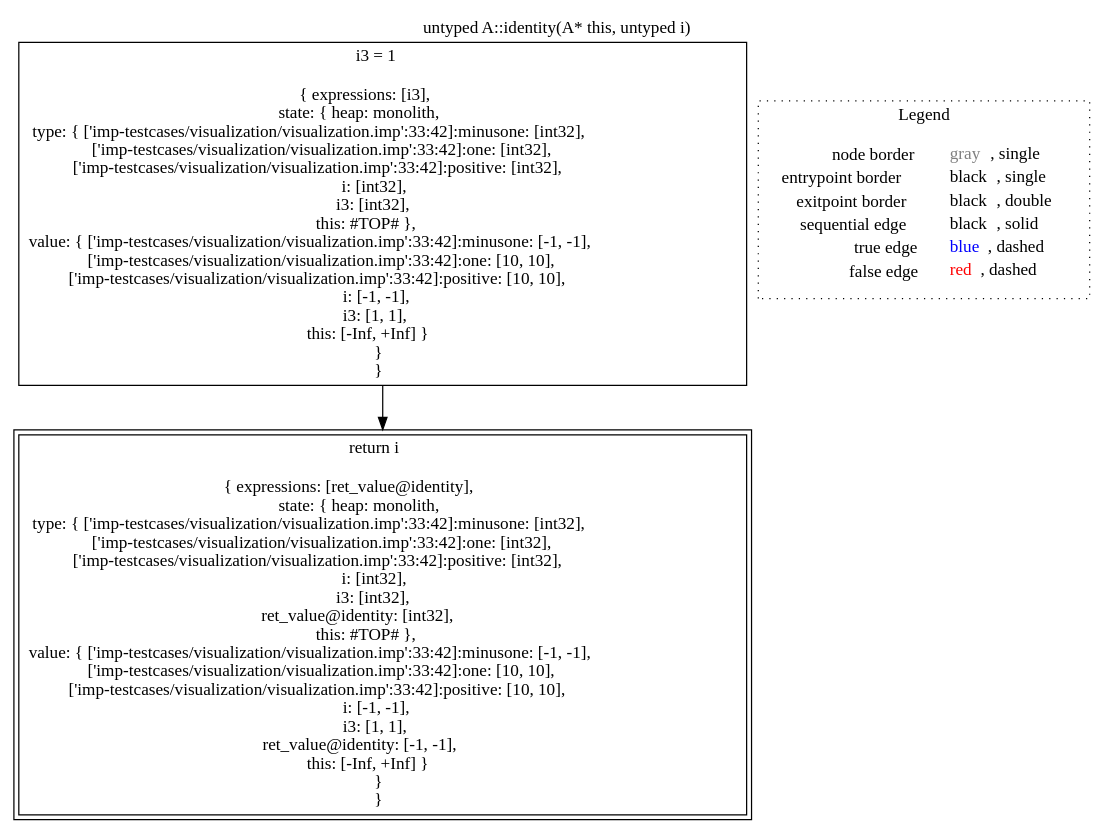
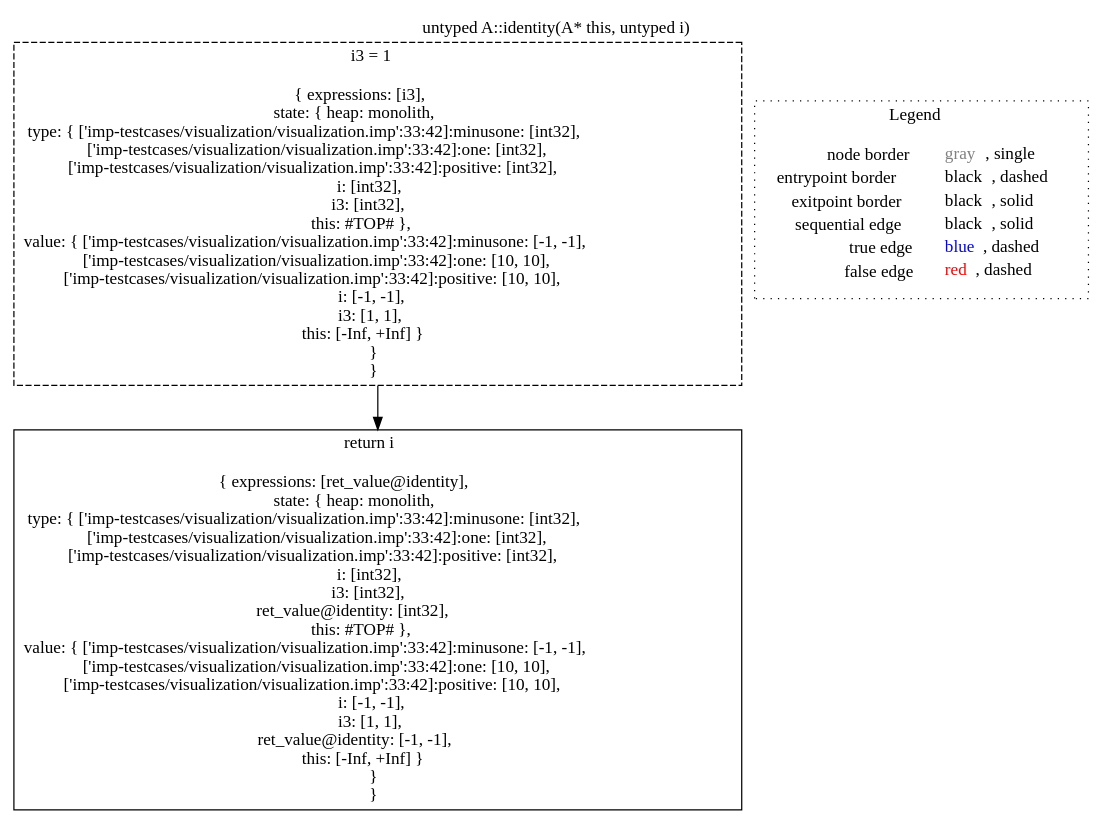
The diagram in lisa/lisa-analyses/imp-testcases/visualization/dot/untyped_A.identity(A__this,_untyped_i)_-1778620129.dot (lisa-analyzer/lisa), drawn with Graphviz before and after one commit. The commit also changed 60 other files, not shown here.

```diff
--- a/lisa/lisa-analyses/imp-testcases/visualization/dot/untyped_A.identity(A__this,_untyped_i)_-1778620129.dot
+++ b/lisa/lisa-analyses/imp-testcases/visualization/dot/untyped_A.identity(A__this,_untyped_i)_-1778620129.dot
@@ -1,14 +1,12 @@
-digraph {
-	labelloc="t";
-	label="untyped A::identity(A* this, untyped i)";
-	"node0" [shape="rect",color="black",label=<i3 = 1<BR/><BR/>{ expressions: [i3],<BR/>state: { heap: monolith,<BR/>type: { ['imp-testcases/visualization/visualization.imp':33:42]:minusone: [int32],<BR/>['imp-testcases/visualization/visualization.imp':33:42]:one: [int32],<BR/>['imp-testcases/visualization/visualization.imp':33:42]:positive: [int32],<BR/>i: [int32],<BR/>i3: [int32],<BR/>this: #TOP# },<BR/>value: { ['imp-testcases/visualization/visualization.imp':33:42]:minusone: [-1, -1],<BR/>['imp-testcases/visualization/visualization.imp':33:42]:one: [10, 10],<BR/>['imp-testcases/visualization/visualization.imp':33:42]:positive: [10, 10],<BR/>i: [-1, -1],<BR/>i3: [1, 1],<BR/>this: [-Inf, +Inf] }<BR/> }<BR/> }<BR/>>];
-	"node3" [shape="rect",color="black",peripheries="2",label=<return i<BR/><BR/>{ expressions: [ret_value@identity],<BR/>state: { heap: monolith,<BR/>type: { ['imp-testcases/visualization/visualization.imp':33:42]:minusone: [int32],<BR/>['imp-testcases/visualization/visualization.imp':33:42]:one: [int32],<BR/>['imp-testcases/visualization/visualization.imp':33:42]:positive: [int32],<BR/>i: [int32],<BR/>i3: [int32],<BR/>ret_value@identity: [int32],<BR/>this: #TOP# },<BR/>value: { ['imp-testcases/visualization/visualization.imp':33:42]:minusone: [-1, -1],<BR/>['imp-testcases/visualization/visualization.imp':33:42]:one: [10, 10],<BR/>['imp-testcases/visualization/visualization.imp':33:42]:positive: [10, 10],<BR/>i: [-1, -1],<BR/>i3: [1, 1],<BR/>ret_value@identity: [-1, -1],<BR/>this: [-Inf, +Inf] }<BR/> }<BR/> }<BR/>>];
-	"node0" -> "node3" [color="black"];
-subgraph cluster_legend {
-	label="Legend";
-	style=dotted;
-	node [shape=plaintext];
-	"legend" [label=<<table border="0" cellpadding="2" cellspacing="0" cellborder="0"><tr><td align="right">node border&nbsp;</td><td align="left"><font color="gray">gray</font>, single</td></tr><tr><td align="right">entrypoint border&nbsp;</td><td align="left"><font color="black">black</font>, single</td></tr><tr><td align="right">exitpoint border&nbsp;</td><td align="left"><font color="black">black</font>, double</td></tr><tr><td align="right">sequential edge&nbsp;</td><td align="left"><font color="black">black</font>, solid</td></tr><tr><td align="right">true edge&nbsp;</td><td align="left"><font color="blue">blue</font>, dashed</td></tr><tr><td align="right">false edge&nbsp;</td><td align="left"><font color="red">red</font>, dashed</td></tr></table>>];
+digraph "untyped A::identity(A* this, untyped i)" {
+edge ["dir"="forward"]
+graph ["label"="untyped A::identity(A* this, untyped i)","labelloc"="t"]
+"node0" ["label"=<i3 = 1<br/><br/>{ expressions: [i3],<br/>state: { heap: monolith,<br/>type: { ['imp-testcases/visualization/visualization.imp':33:42]:minusone: [int32],<br/>['imp-testcases/visualization/visualization.imp':33:42]:one: [int32],<br/>['imp-testcases/visualization/visualization.imp':33:42]:positive: [int32],<br/>i: [int32],<br/>i3: [int32],<br/>this: #TOP# },<br/>value: { ['imp-testcases/visualization/visualization.imp':33:42]:minusone: [-1, -1],<br/>['imp-testcases/visualization/visualization.imp':33:42]:one: [10, 10],<br/>['imp-testcases/visualization/visualization.imp':33:42]:positive: [10, 10],<br/>i: [-1, -1],<br/>i3: [1, 1],<br/>this: [-Inf, +Inf] }<br/> }<br/> }<br/>>,"shape"="rect","id"="node0","color"="black","style"="dashed"]
+"node3" ["label"=<return i<br/><br/>{ expressions: [ret_value@identity],<br/>state: { heap: monolith,<br/>type: { ['imp-testcases/visualization/visualization.imp':33:42]:minusone: [int32],<br/>['imp-testcases/visualization/visualization.imp':33:42]:one: [int32],<br/>['imp-testcases/visualization/visualization.imp':33:42]:positive: [int32],<br/>i: [int32],<br/>i3: [int32],<br/>ret_value@identity: [int32],<br/>this: #TOP# },<br/>value: { ['imp-testcases/visualization/visualization.imp':33:42]:minusone: [-1, -1],<br/>['imp-testcases/visualization/visualization.imp':33:42]:one: [10, 10],<br/>['imp-testcases/visualization/visualization.imp':33:42]:positive: [10, 10],<br/>i: [-1, -1],<br/>i3: [1, 1],<br/>ret_value@identity: [-1, -1],<br/>this: [-Inf, +Inf] }<br/> }<br/> }<br/>>,"shape"="rect","id"="node3","color"="black"]
+subgraph "cluster_legend" {
+edge ["dir"="none"]
+graph ["label"=<Legend>,"style"="dotted"]
+"legend" ["label"=<<table border="0" cellpadding="2" cellspacing="0" cellborder="0"><tr><td align="right">node border&nbsp;</td><td align="left"><font color="gray">gray</font>, single</td></tr><tr><td align="right">entrypoint border&nbsp;</td><td align="left"><font color="black">black</font>, dashed</td></tr><tr><td align="right">exitpoint border&nbsp;</td><td align="left"><font color="black">black</font>, solid</td></tr><tr><td align="right">sequential edge&nbsp;</td><td align="left"><font color="black">black</font>, solid</td></tr><tr><td align="right">true edge&nbsp;</td><td align="left"><font color="blue">blue</font>, dashed</td></tr><tr><td align="right">false edge&nbsp;</td><td align="left"><font color="red">red</font>, dashed</td></tr></table>>,"shape"="none"]
 }
-
+"node0" -> "node3" ["color"="black"]
 }
```
